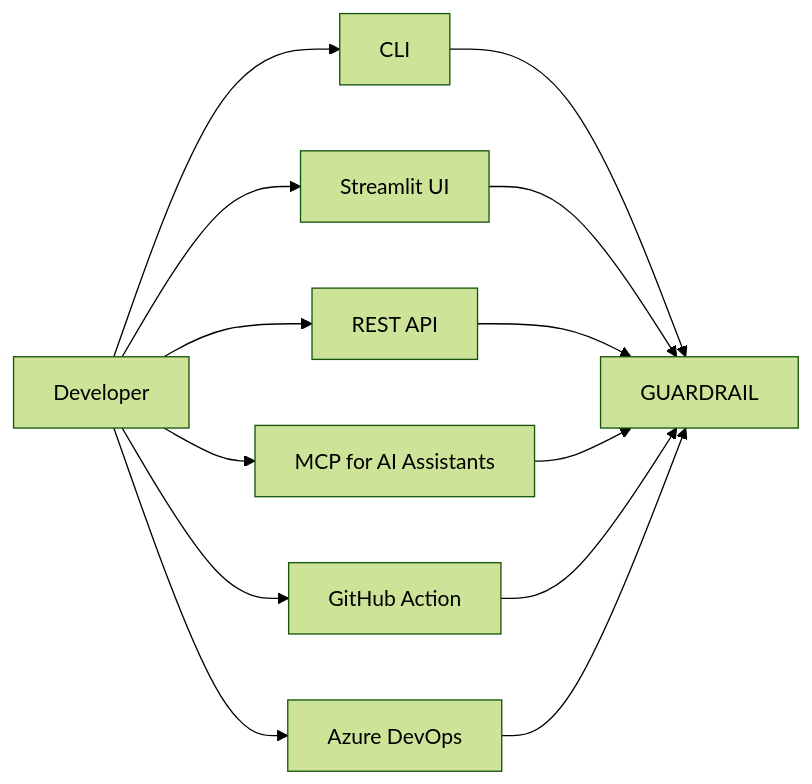
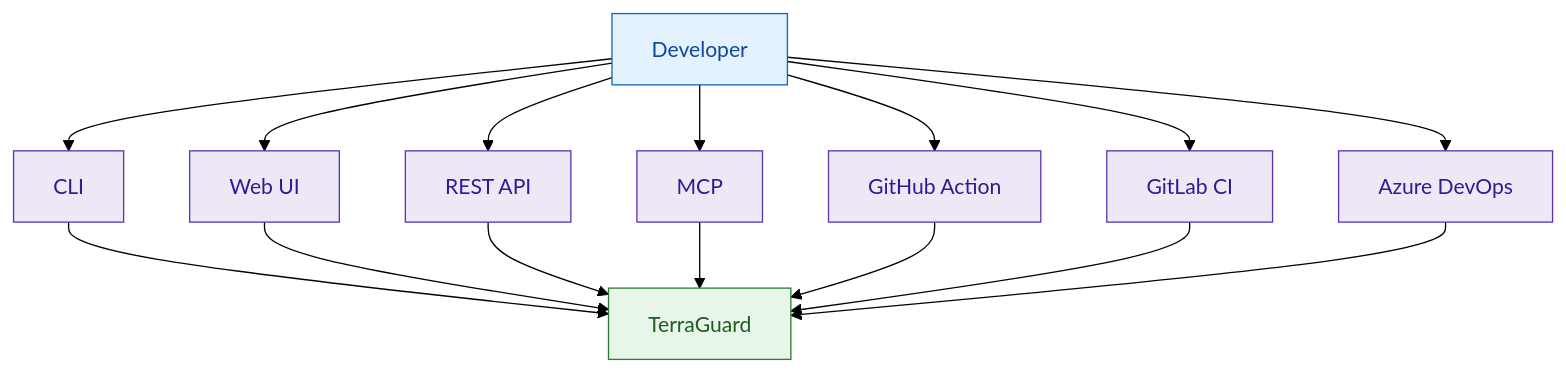
One commit to Huzefaaa2/terraform-guardrail changed the second of 5 diagrams in README.md. Above: the diagram before and after it, drawn with Mermaid (forest theme). The commit also changed other lines of this file, not shown here.

Commit message:
Refresh design principle and diagrams

````diff
--- a/README.md
+++ b/README.md
@@ -118,15 +130,26 @@
 ```mermaid
-flowchart LR
+flowchart TB
     DEV[Developer] --> CLI[CLI]
-    DEV --> UI[Streamlit UI]
+    DEV --> UI[Web UI]
     DEV --> API[REST API]
-    DEV --> MCP[MCP for AI Assistants]
-    DEV --> CI[GitHub Action]
+    DEV --> MCP[MCP]
+    DEV --> GHA[GitHub Action]
+    DEV --> GL[GitLab CI]
     DEV --> ADO[Azure DevOps]
-    CLI --> GUARDRAIL
+
+    CLI --> GUARDRAIL[TerraGuard]
     UI --> GUARDRAIL
     API --> GUARDRAIL
     MCP --> GUARDRAIL
-    CI --> GUARDRAIL
+    GHA --> GUARDRAIL
+    GL --> GUARDRAIL
     ADO --> GUARDRAIL
+
+    classDef actor fill:#e3f2fd,stroke:#1565c0,stroke-width:1px,color:#0d47a1;
+    classDef channel fill:#ede7f6,stroke:#5e35b1,stroke-width:1px,color:#311b92;
+    classDef core fill:#e8f5e9,stroke:#2e7d32,stroke-width:1px,color:#1b5e20;
+
+    class DEV actor;
+    class CLI,UI,API,MCP,GHA,GL,ADO channel;
+    class GUARDRAIL core;
 ```
````
